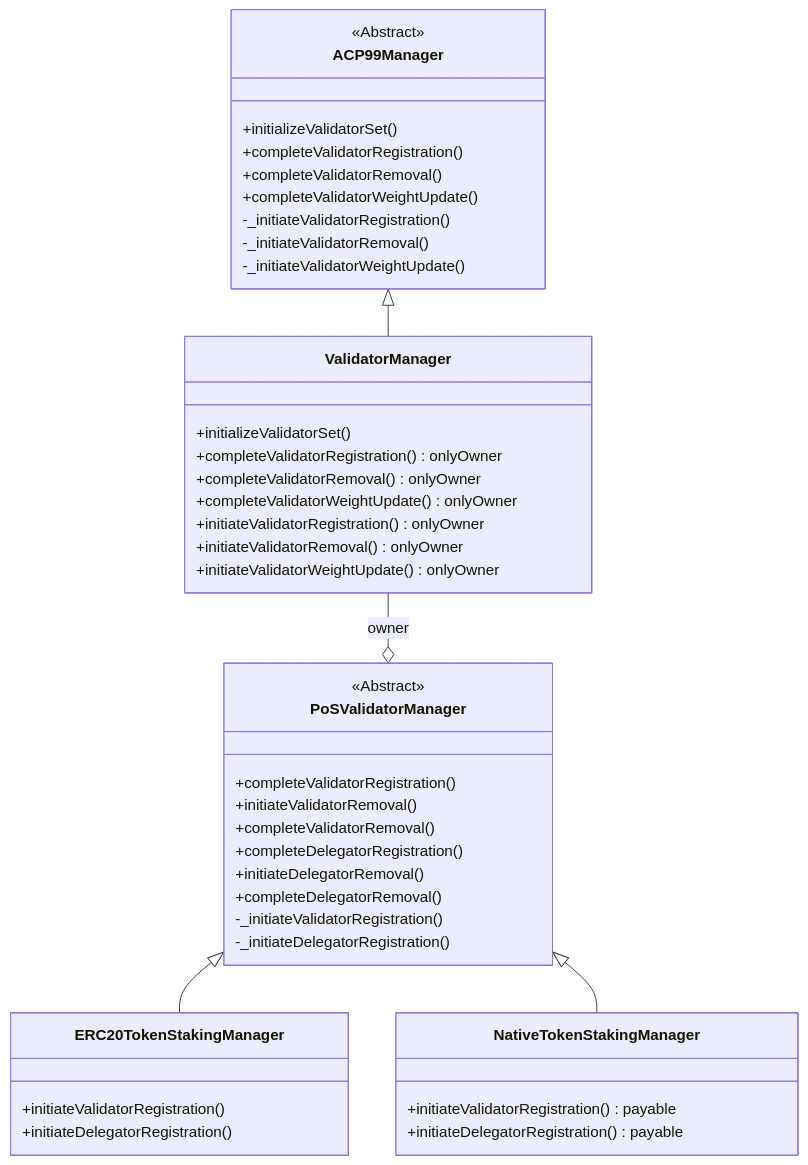
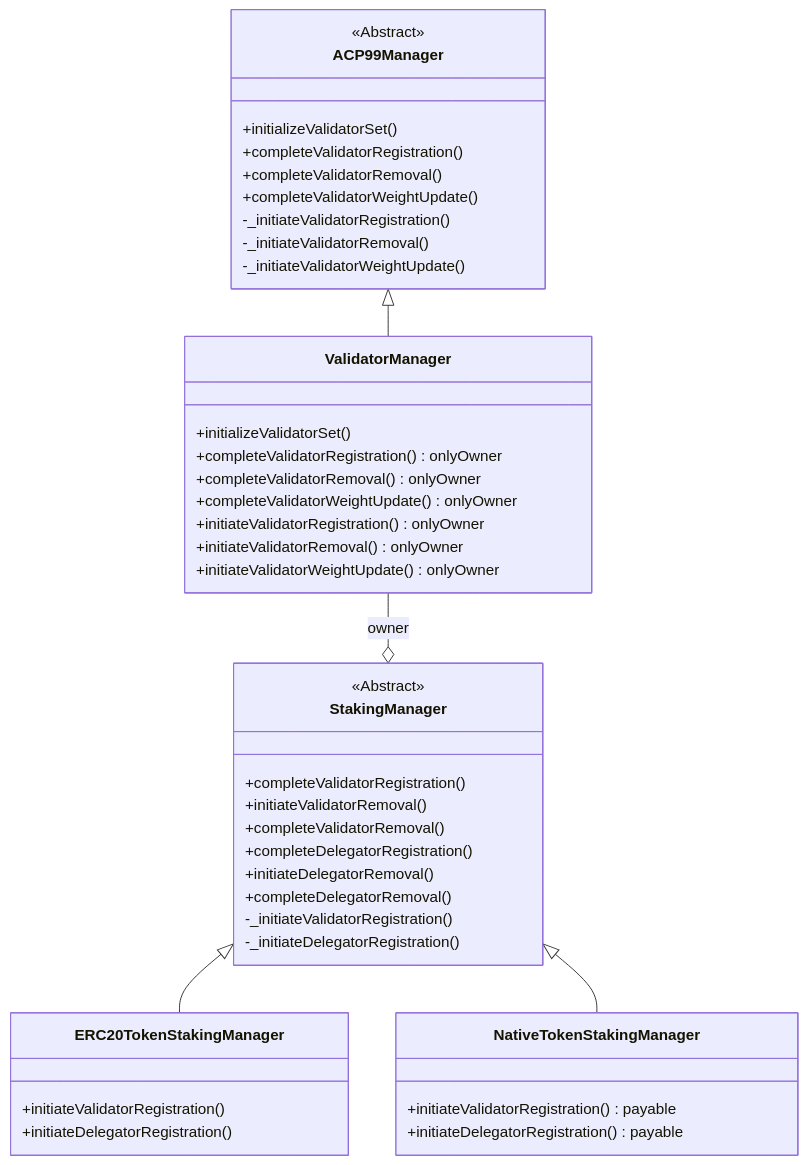
The diagram in contracts/validator-manager/README.md (quantum-smith427t6/icm-contracts), drawn with Mermaid before and after one commit. The commit also changed other lines of this file and 19 other files, not shown here.

Commit message:
rename PoSValidatorManager to StakingManager

````diff
--- a/contracts/validator-manager/README.md
+++ b/contracts/validator-manager/README.md
@@ -5,53 +5,53 @@
 ```mermaid
 ---
   config:
     class:
       hideEmptyMembersBox: true
 ---
 classDiagram
 class ACP99Manager {
     +initializeValidatorSet()
     +completeValidatorRegistration()
     +completeValidatorRemoval()
     +completeValidatorWeightUpdate()
     -_initiateValidatorRegistration()
     -_initiateValidatorRemoval()
     -_initiateValidatorWeightUpdate()
 }
 <<Abstract>> ACP99Manager
 
 class ValidatorManager {
     +initializeValidatorSet()
     +completeValidatorRegistration() onlyOwner
     +completeValidatorRemoval() onlyOwner
     +completeValidatorWeightUpdate() onlyOwner
     +initiateValidatorRegistration() onlyOwner
     +initiateValidatorRemoval() onlyOwner
     +initiateValidatorWeightUpdate() onlyOwner
 }
 
-class PoSValidatorManager {
+class StakingManager {
     +completeValidatorRegistration()
     +initiateValidatorRemoval()
     +completeValidatorRemoval()
     +completeDelegatorRegistration()
     +initiateDelegatorRemoval()
     +completeDelegatorRemoval()
     -_initiateValidatorRegistration()
     -_initiateDelegatorRegistration()
 }
-<<Abstract>> PoSValidatorManager
+<<Abstract>> StakingManager
 class ERC20TokenStakingManager {
     +initiateValidatorRegistration()
     +initiateDelegatorRegistration()
 }
 class NativeTokenStakingManager {
     +initiateValidatorRegistration() payable
     +initiateDelegatorRegistration() payable
 }
 
 ACP99Manager <|-- ValidatorManager
-ValidatorManager --o  PoSValidatorManager : owner
-PoSValidatorManager <|-- ERC20TokenStakingManager
-PoSValidatorManager <|-- NativeTokenStakingManager
+ValidatorManager --o  StakingManager : owner
+StakingManager <|-- ERC20TokenStakingManager
+StakingManager <|-- NativeTokenStakingManager
 ```
````
